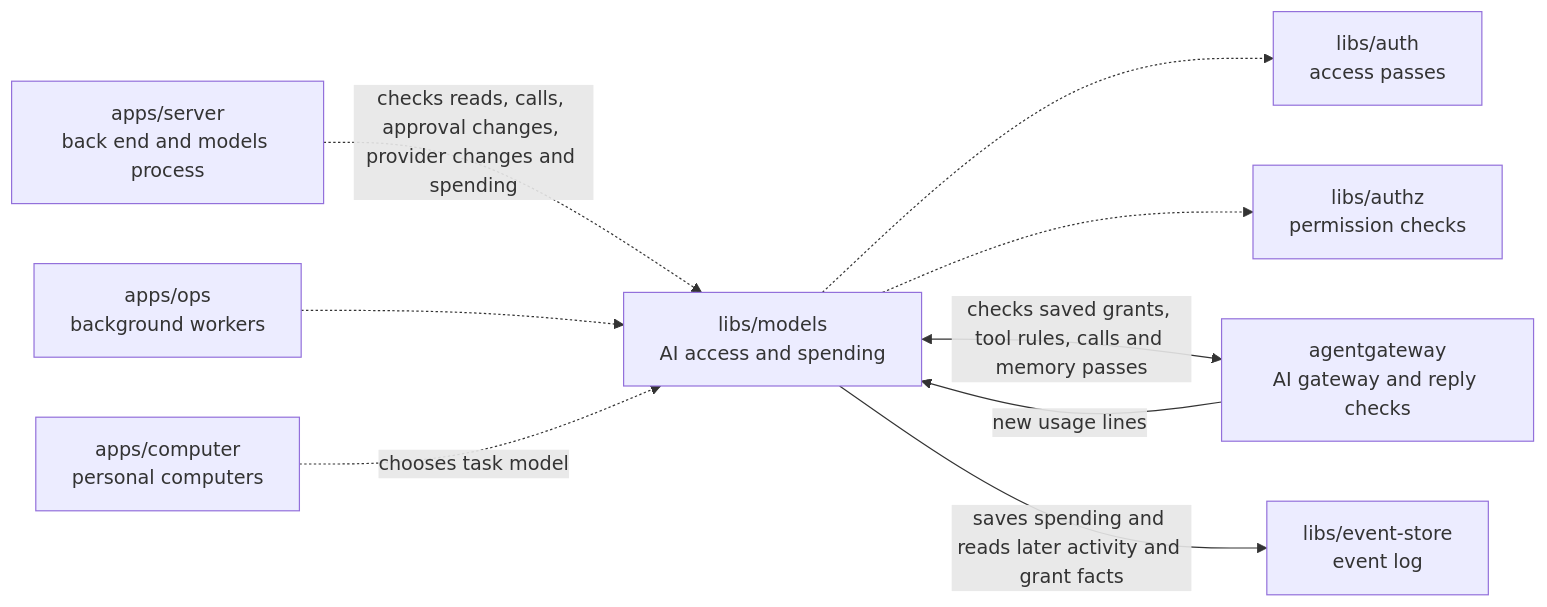
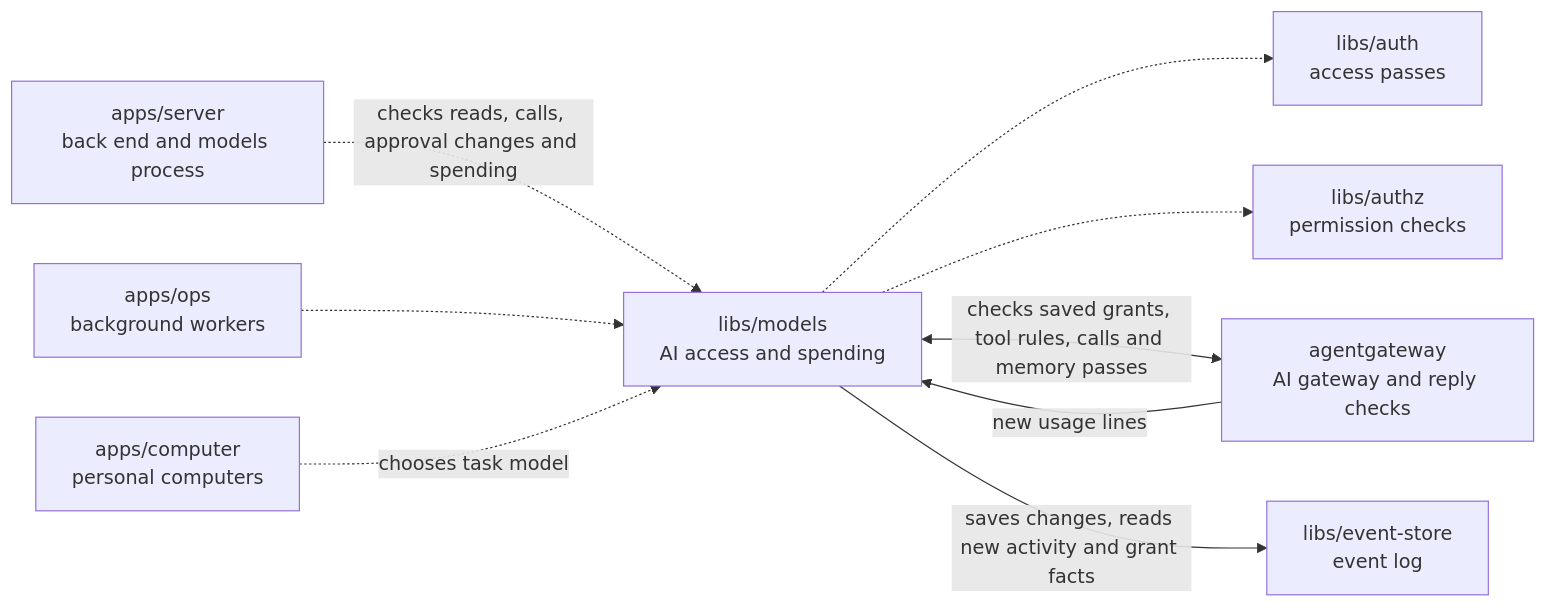
The diagram in libs/models/README.md (elewa-git/opencrane-new), drawn with Mermaid before and after one commit. The commit also changed other lines of this file and 9 other files, not shown here.

````diff
--- a/libs/models/README.md
+++ b/libs/models/README.md
@@ -11,11 +11,11 @@
 ```mermaid
 flowchart LR
-  server["apps/server<br/>back end and models process"] -.->|checks reads, calls, approval changes, provider changes and spending| models["libs/models<br/>AI access and spending"]
+  server["apps/server<br/>back end and models process"] -.->|checks reads, calls, approval changes and spending| models["libs/models<br/>AI access and spending"]
   ops["apps/ops<br/>background workers"] -.-> models
   computer["apps/computer<br/>personal computers"] -.->|chooses task model| models
   models -.-> auth["libs/auth<br/>access passes"]
   models -.-> authz["libs/authz<br/>permission checks"]
   models <-->|checks saved grants, tool rules, calls and memory passes| gateway["agentgateway<br/>AI gateway and reply checks"]
   gateway -->|new usage lines| models
-  models -->|saves spending and reads later activity and grant facts| store["libs/event-store<br/>event log"]
+  models -->|saves changes, reads new activity and grant facts| store["libs/event-store<br/>event log"]
 ```
````
